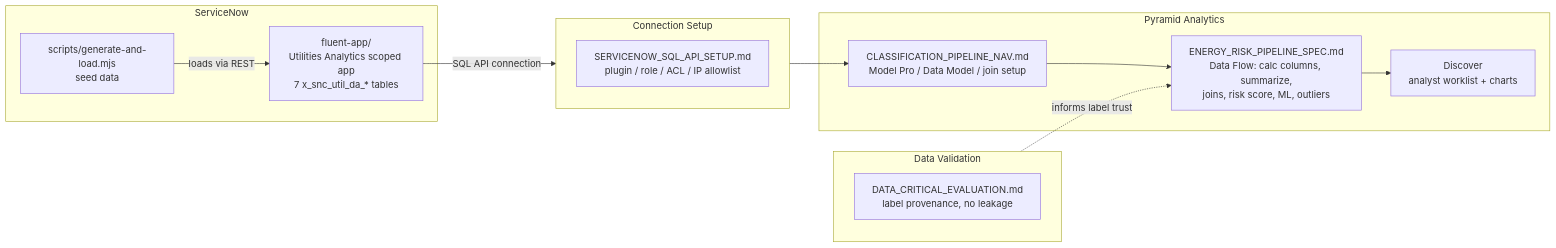
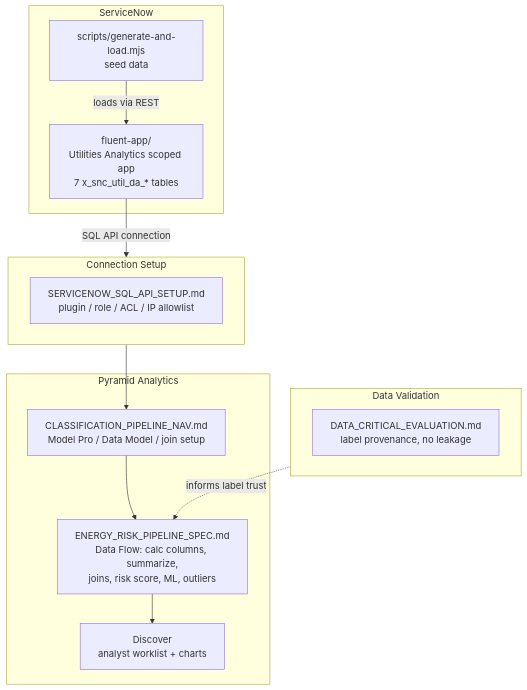
One commit to leojacinto/autonomous-analytics changed the diagram in README.md. Above: the diagram before and after it, drawn with Mermaid.

````diff
--- a/README.md
+++ b/README.md
@@ -7,27 +7,27 @@
 ```mermaid
-flowchart LR
+flowchart TB
     subgraph SN["ServiceNow"]
         FA["fluent-app/\nUtilities Analytics scoped app\n7 x_snc_util_da_* tables"]
         SEED["scripts/generate-and-load.mjs\nseed data"]
         SEED -->|loads via REST| FA
     end
 
     subgraph SETUP["Connection Setup"]
         SETUPDOC["SERVICENOW_SQL_API_SETUP.md\nplugin / role / ACL / IP allowlist"]
     end
 
     subgraph EVAL["Data Validation"]
         EVALDOC["DATA_CRITICAL_EVALUATION.md\nlabel provenance, no leakage"]
     end
 
     subgraph PYRAMID["Pyramid Analytics"]
         NAV["CLASSIFICATION_PIPELINE_NAV.md\nModel Pro / Data Model / join setup"]
         SPEC["ENERGY_RISK_PIPELINE_SPEC.md\nData Flow: calc columns, summarize,\njoins, risk score, ML, outliers"]
         DISC["Discover\nanalyst worklist + charts"]
         NAV --> SPEC --> DISC
     end
 
     FA -->|SQL API connection| SETUP
     SETUP --> NAV
     EVAL -.->|informs label trust| SPEC
 ```
````
